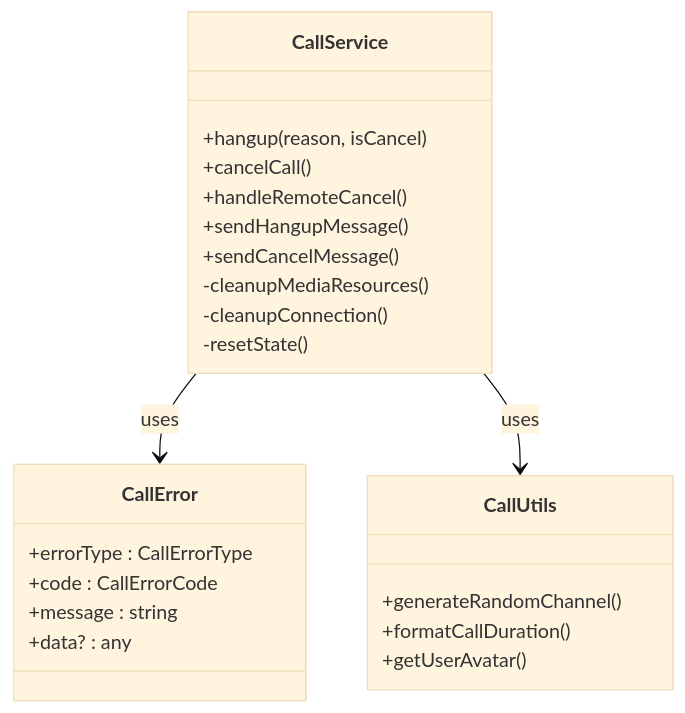
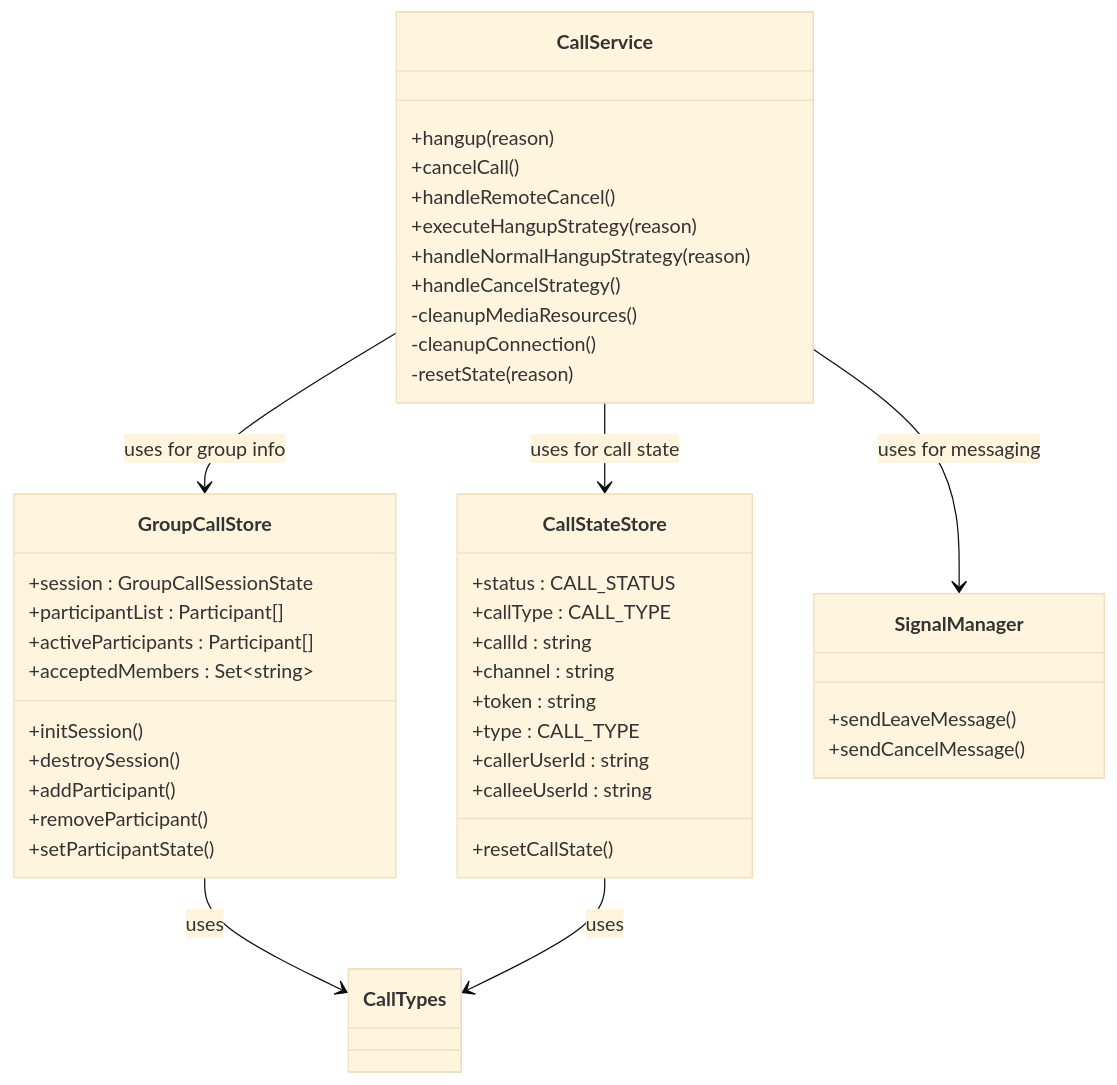
The eighth of 8 diagrams in .qoder/repowiki/zh/content/API 参考/服务层 API/CallService 通话服务.md (Easemob-Community/easemob-uikit-callkit-vue3), drawn with Mermaid (base theme) before and after one commit. The commit also changed other lines of this file and 54 other files, not shown here.

````diff
--- a/.qoder/repowiki/zh/content/API 参考/服务层 API/CallService 通话服务.md
+++ b/.qoder/repowiki/zh/content/API 参考/服务层 API/CallService 通话服务.md
@@ -313,26 +362,45 @@
 ```mermaid
 classDiagram
 class CallService {
-+hangup(reason, isCancel)
++hangup(reason)
 +cancelCall()
 +handleRemoteCancel()
-+sendHangupMessage()
-+sendCancelMessage()
++executeHangupStrategy(reason)
++handleNormalHangupStrategy(reason)
++handleCancelStrategy()
 -cleanupMediaResources()
 -cleanupConnection()
--resetState()
+-resetState(reason)
 }
-class CallError {
-+errorType : CallErrorType
-+code : CallErrorCode
-+message : string
-+data? : any
+class GroupCallStore {
++session : GroupCallSessionState
++participantList : Participant[]
++activeParticipants : Participant[]
++acceptedMembers : Set~string~
++initSession()
++destroySession()
++addParticipant()
++removeParticipant()
++setParticipantState()
 }
-class CallUtils {
-+generateRandomChannel()
-+formatCallDuration()
-+getUserAvatar()
+class CallStateStore {
++status : CALL_STATUS
++callType : CALL_TYPE
++callId : string
++channel : string
++token : string
++type : CALL_TYPE
++callerUserId : string
++calleeUserId : string
++resetCallState()
 }
-CallService --> CallError : uses
-CallService --> CallUtils : uses
+class SignalManager {
++sendLeaveMessage()
++sendCancelMessage()
+}
+CallService --> GroupCallStore : uses for group info
+CallService --> CallStateStore : uses for call state
+CallService --> SignalManager : uses for messaging
+GroupCallStore --> CallTypes : uses
+CallStateStore --> CallTypes : uses
 ```
````
